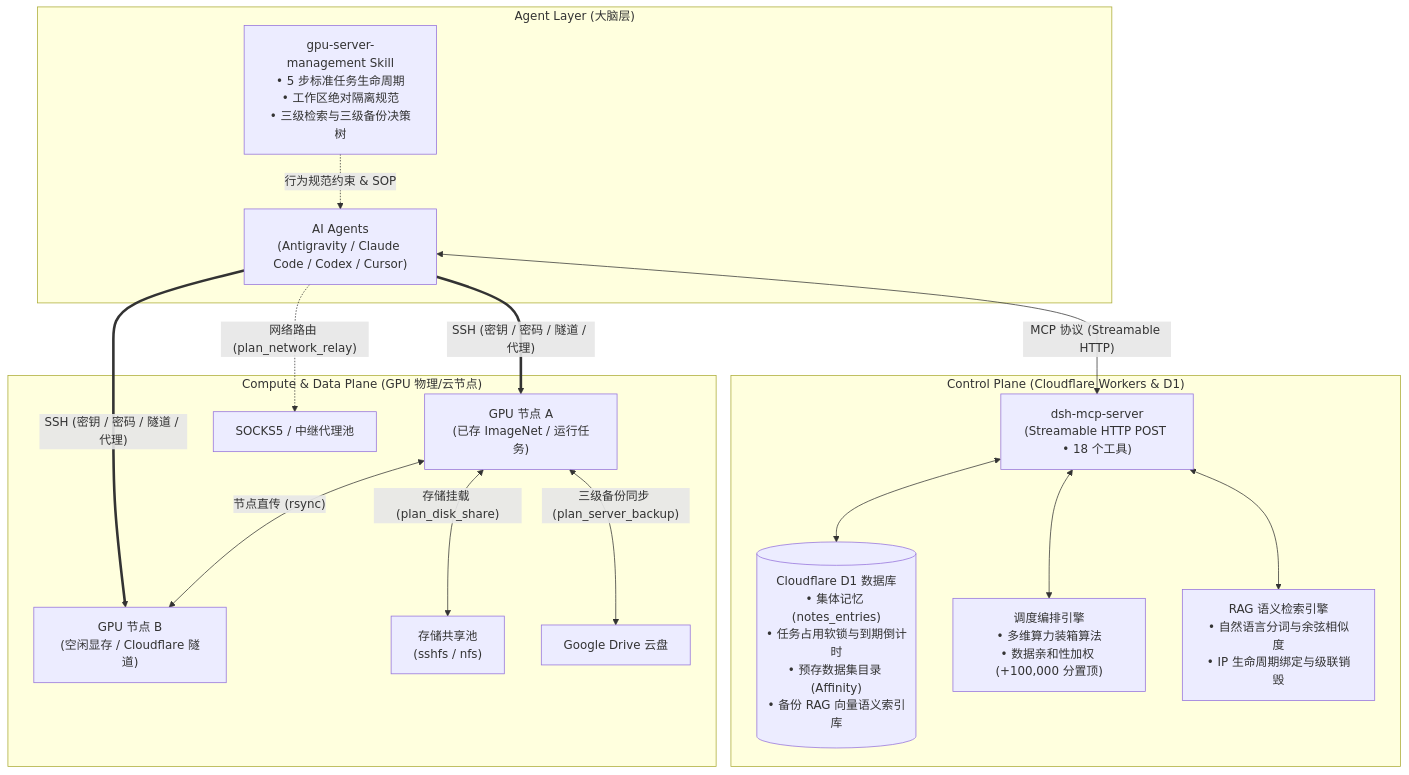
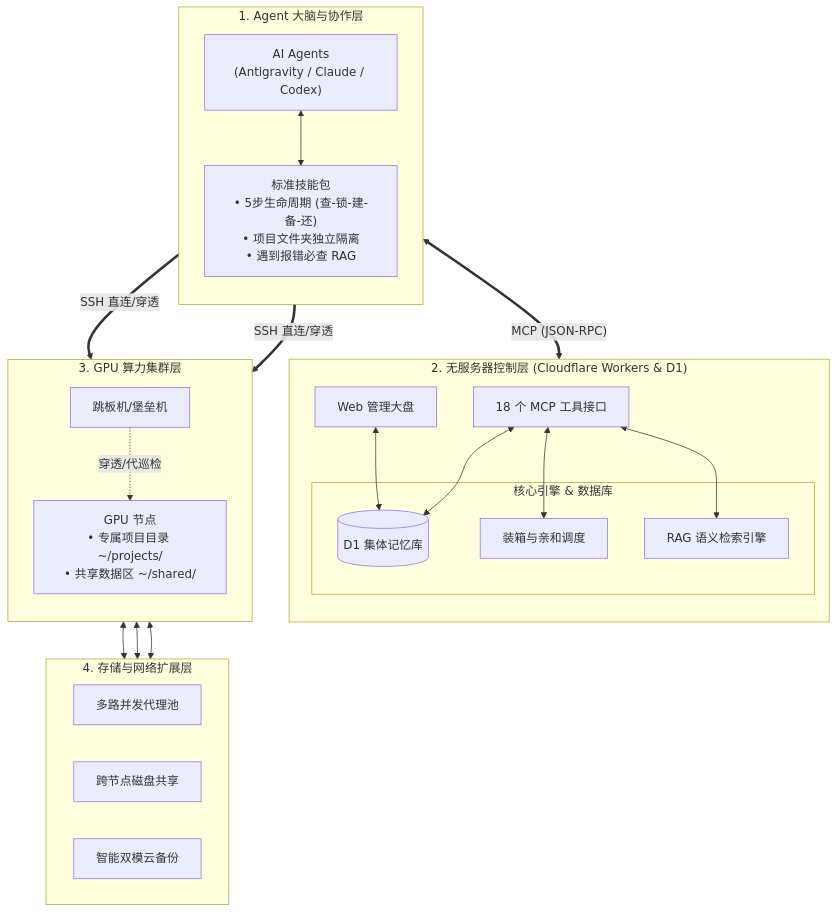
The diagram in README.md (ixijxjgxidj-cmd/GPU-Server-Management-MCP-Skill-), drawn with Mermaid before and after one commit. The commit also changed other lines of this file and 144 other files, not shown here.

First line of the commit message:
feat: Release v1.0 - Multi-Agent GPU Orchestrator, Troubleshooting RAG, and Web UI

````diff
--- a/README.md
+++ b/README.md
@@ -73,34 +106,41 @@
 ```mermaid
-graph TD
-    subgraph AgentLayer["Agent Layer (大脑层)"]
-        Agent["AI Agents<br/>(Antigravity / Claude Code / Codex / Cursor)"]
-        Skill["gpu-server-management Skill<br/>• 5 步标准任务生命周期<br/>• 工作区绝对隔离规范<br/>• 三级检索与三级备份决策树"]
+flowchart TD
+    subgraph T1["1. Agent 大脑与协作层"]
+        direction TB
+        Agent["AI Agents<br/>(Antigravity / Claude / Codex)"]
+        Skill["标准技能包<br/>• 5步生命周期 (查-锁-建-备-还)<br/>• 项目文件夹独立隔离<br/>• 遇到报错必查 RAG"]
+        Agent <--> Skill
     end
 
-    subgraph ControlPlane["Control Plane (Cloudflare Workers & D1)"]
-        MCP["dsh-mcp-server<br/>(Streamable HTTP POST • 18 个工具)"]
-        D1[("Cloudflare D1 数据库<br/>• 集体记忆 (notes_entries)<br/>• 任务占用软锁与到期倒计时<br/>• 预存数据集目录 (Affinity)<br/>• 备份 RAG 向量语义索引库")]
-        Packer["调度编排引擎<br/>• 多维算力装箱算法<br/>• 数据亲和性加权 (+100,000 分置顶)"]
-        RAG["RAG 语义检索引擎<br/>• 自然语言分词与余弦相似度<br/>• IP 生命周期绑定与级联销毁"]
+    subgraph T2["2. 无服务器控制层 (Cloudflare Workers & D1)"]
+        direction TB
+        MCP["18 个 MCP 工具接口"]
+        WebUI["Web 管理大盘"]
+        
+        subgraph Engines["核心引擎 & 数据库"]
+            D1[("D1 集体记忆库")]
+            Packer["装箱与亲和调度"]
+            RAG["RAG 语义检索引擎"]
+        end
+        MCP <--> D1 & Packer & RAG
+        WebUI <--> D1
     end
 
-    subgraph NodePlane["Compute & Data Plane (GPU 物理/云节点)"]
-        GPU1["GPU 节点 A<br/>(已存 ImageNet / 运行任务)"]
-        GPU2["GPU 节点 B<br/>(空闲显存 / Cloudflare 隧道)"]
-        DiskShare["存储共享池<br/>(sshfs / nfs)"]
-        RelayProxy["SOCKS5 / 中继代理池"]
-        GDrive["Google Drive 云盘"]
+    subgraph T3["3. GPU 算力集群层"]
+        direction TB
+        JumpHost["跳板机/堡垒机"]
+        GPUNodes["GPU 节点<br/>• 专属项目目录 ~/projects/<br/>• 共享数据区 ~/shared/"]
+        JumpHost -.->|"穿透/代巡检"| GPUNodes
     end
 
-    Agent <-->|"MCP 协议 (Streamable HTTP)"| MCP
-    Skill -.->|"行为规范约束 & SOP"| Agent
-    MCP <--> D1
-    MCP <--> Packer
-    MCP <--> RAG
-    Agent ==>|"SSH (密钥 / 密码 / 隧道 / 代理)"| GPU1
-    Agent ==>|"SSH (密钥 / 密码 / 隧道 / 代理)"| GPU2
-    GPU1 <-->|"三级备份同步 (plan_server_backup)"| GDrive
-    GPU1 <-->|"节点直传 (rsync)"| GPU2
-    GPU1 <-->|"存储挂载 (plan_disk_share)"| DiskShare
-    Agent -.->|"网络路由 (plan_network_relay)"| RelayProxy
+    subgraph T4["4. 存储与网络扩展层"]
+        direction LR
+        ProxyPool["多路并发代理池"]
+        DiskShare["跨节点磁盘共享"]
+        CloudBackup["智能双模云备份"]
+    end
+
+    Agent <==>|"MCP (JSON-RPC)"| MCP
+    Agent ==>|"SSH 直连/穿透"| GPUNodes & JumpHost
+    GPUNodes <--> ProxyPool & DiskShare & CloudBackup
 ```
````
